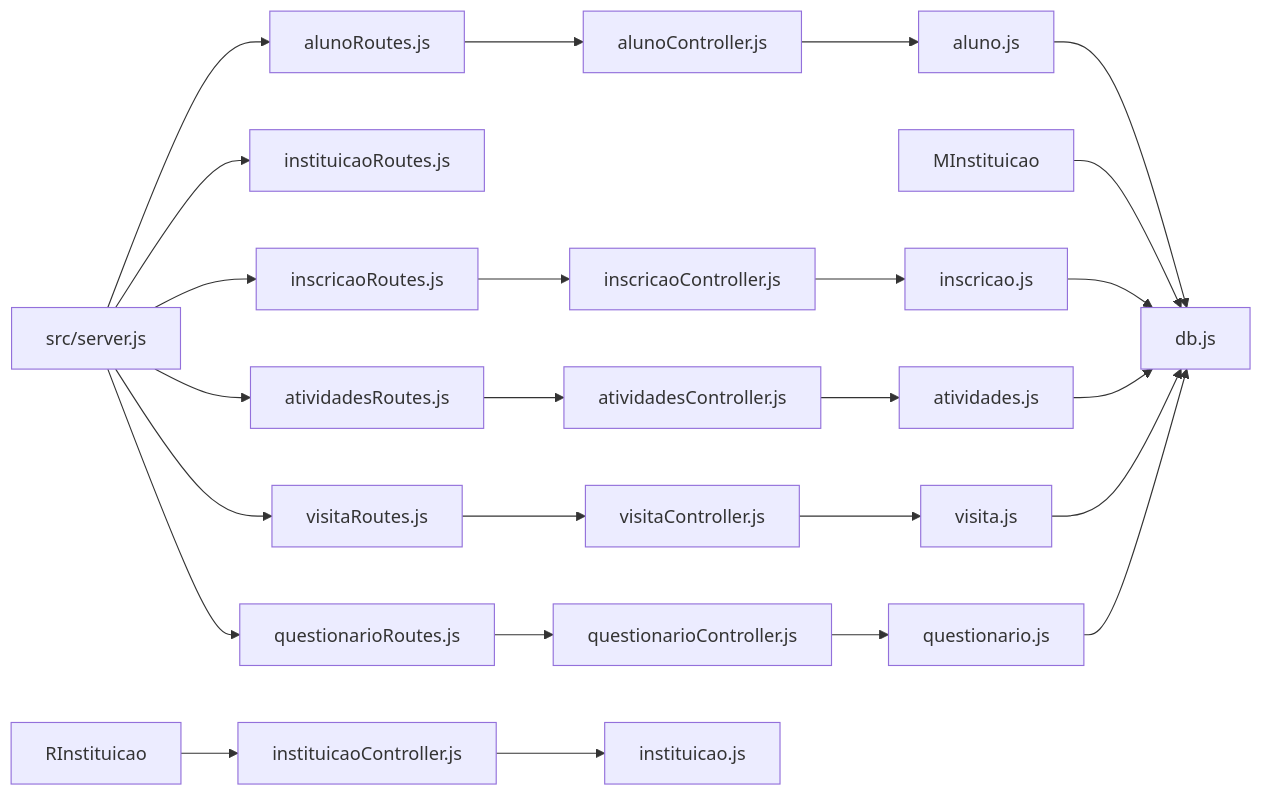
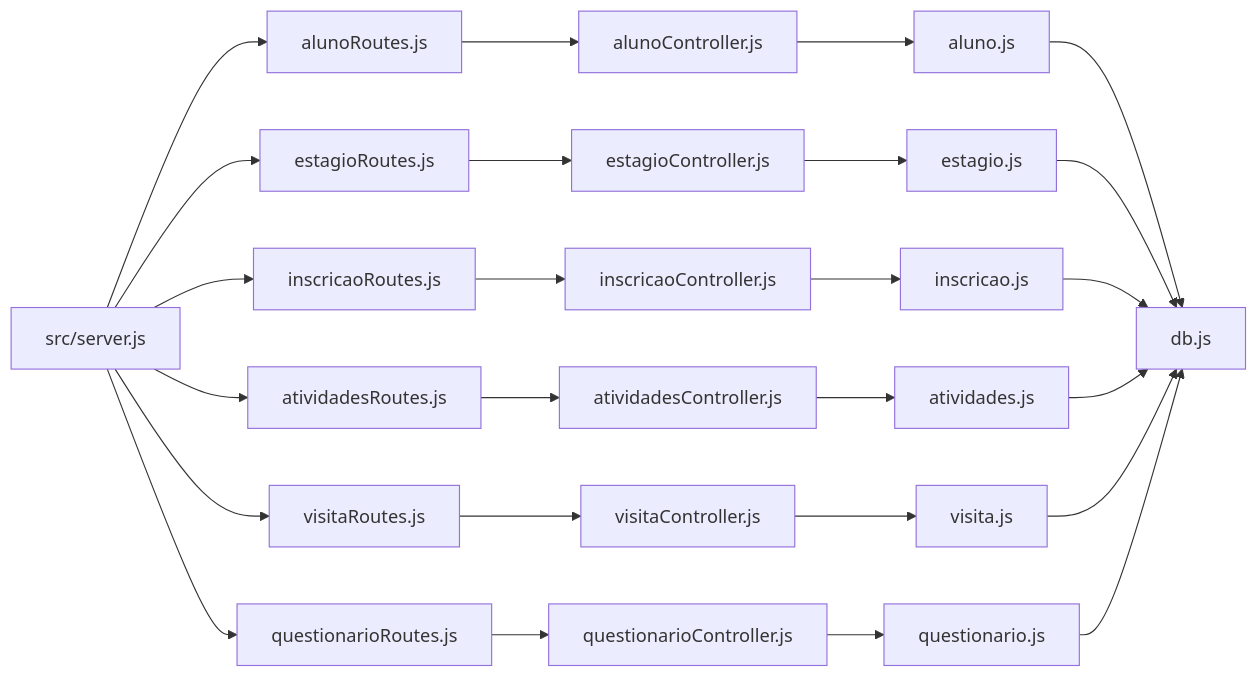
Before and after one commit to luiseduacosta/nodemural: the seventh of 8 diagrams in .qoder/repowiki/en/content/Core Features Implementation/Core Features Implementation.md, drawn with Mermaid. The commit also changed other lines of this file and 27 other files, not shown here.

````diff
--- a/.qoder/repowiki/en/content/Core Features Implementation/Core Features Implementation.md
+++ b/.qoder/repowiki/en/content/Core Features Implementation/Core Features Implementation.md
@@ -373,27 +373,27 @@
 ```mermaid
 graph LR
 Server["src/server.js"] --> RAluno["alunoRoutes.js"]
-Server --> REstagio["instituicaoRoutes.js"]
+Server --> REstagio["estagioRoutes.js"]
 Server --> RInscricao["inscricaoRoutes.js"]
 Server --> RAtiv["atividadesRoutes.js"]
 Server --> RVisita["visitaRoutes.js"]
 Server --> RQuest["questionarioRoutes.js"]
 RAluno --> CAluno["alunoController.js"]
-RInstituicao --> CInstituicao["instituicaoController.js"]
+REstagio --> CEstagio["estagioController.js"]
 RInscricao --> CInscricao["inscricaoController.js"]
 RAtiv --> CAtiv["atividadesController.js"]
 RVisita --> CVisita["visitaController.js"]
 RQuest --> CQuest["questionarioController.js"]
 CAluno --> MAluno["aluno.js"]
-CInstituicao --> MEstagio["instituicao.js"]
+CEstagio --> MEstagio["estagio.js"]
 CInscricao --> MInscricao["inscricao.js"]
 CAtiv --> MAtiv["atividades.js"]
 CVisita --> MVisita["visita.js"]
 CQuest --> MQuest["questionario.js"]
 MAluno --> DB["db.js"]
-MInstituicao --> DB
+MEstagio --> DB
 MInscricao --> DB
 MAtiv --> DB
 MVisita --> DB
 MQuest --> DB
 ```
````
